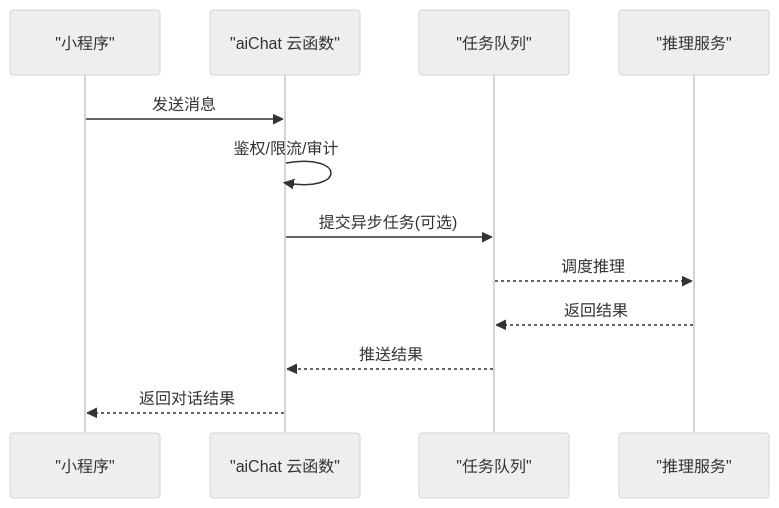
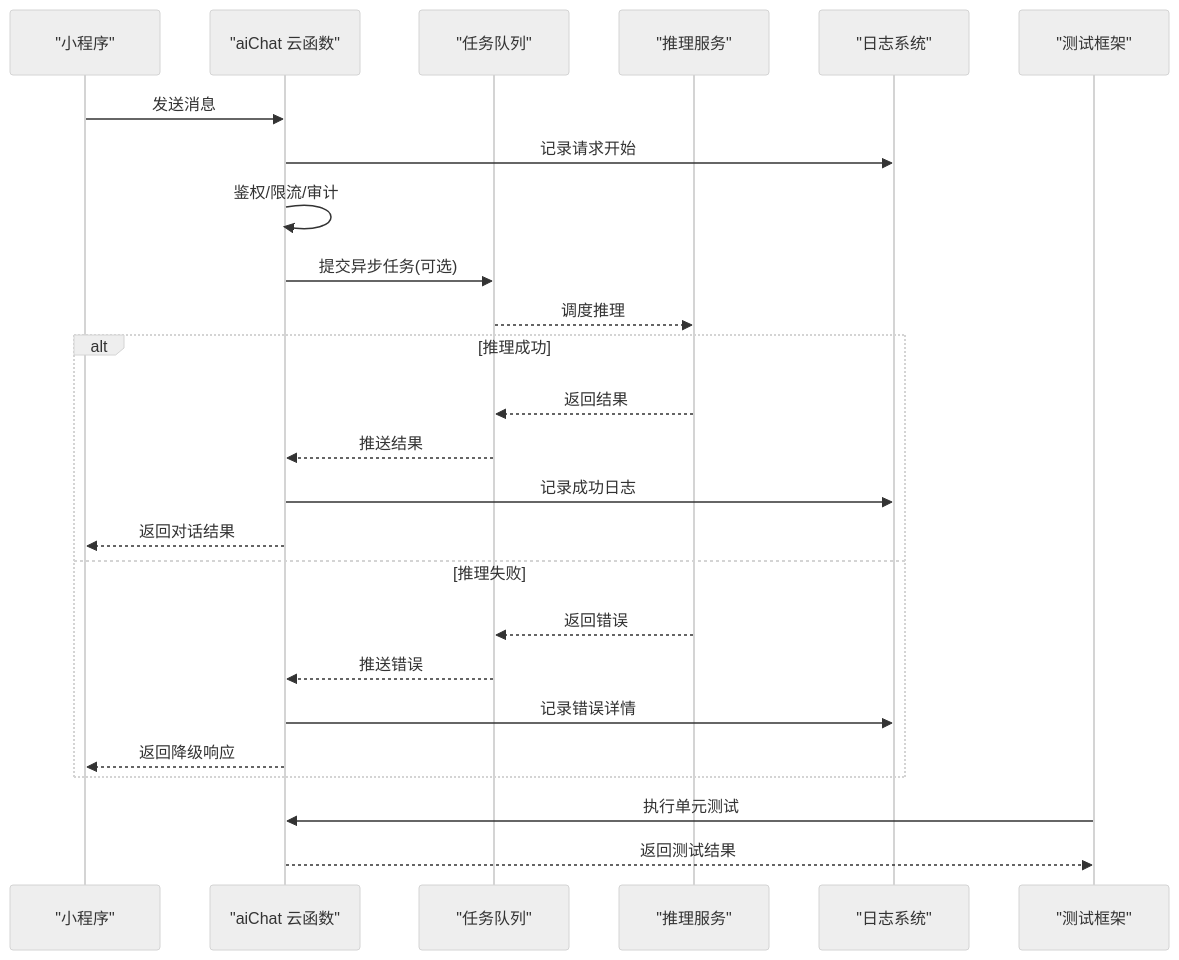
Before and after one commit to cwb7756/bio: the sixth of 12 diagrams in .qoder/repowiki/zh/content/架构设计/后端架构设计/云函数架构设计.md, drawn with Mermaid (neutral theme). The commit also changed other lines of this file and 45 other files, not shown here.

````diff
--- a/.qoder/repowiki/zh/content/架构设计/后端架构设计/云函数架构设计.md
+++ b/.qoder/repowiki/zh/content/架构设计/后端架构设计/云函数架构设计.md
@@ -295,14 +346,27 @@
 ```mermaid
 sequenceDiagram
 participant MP as "小程序"
 participant AC as "aiChat 云函数"
 participant Q as "任务队列"
 participant R as "推理服务"
+participant LOG as "日志系统"
+participant T as "测试框架"
 MP->>AC : 发送消息
+AC->>LOG : 记录请求开始
 AC->>AC : 鉴权/限流/审计
 AC->>Q : 提交异步任务(可选)
 Q-->>R : 调度推理
+alt 推理成功
 R-->>Q : 返回结果
 Q-->>AC : 推送结果
+AC->>LOG : 记录成功日志
 AC-->>MP : 返回对话结果
+else 推理失败
+R-->>Q : 返回错误
+Q-->>AC : 推送错误
+AC->>LOG : 记录错误详情
+AC-->>MP : 返回降级响应
+end
+T->>AC : 执行单元测试
+AC-->>T : 返回测试结果
 ```
````
